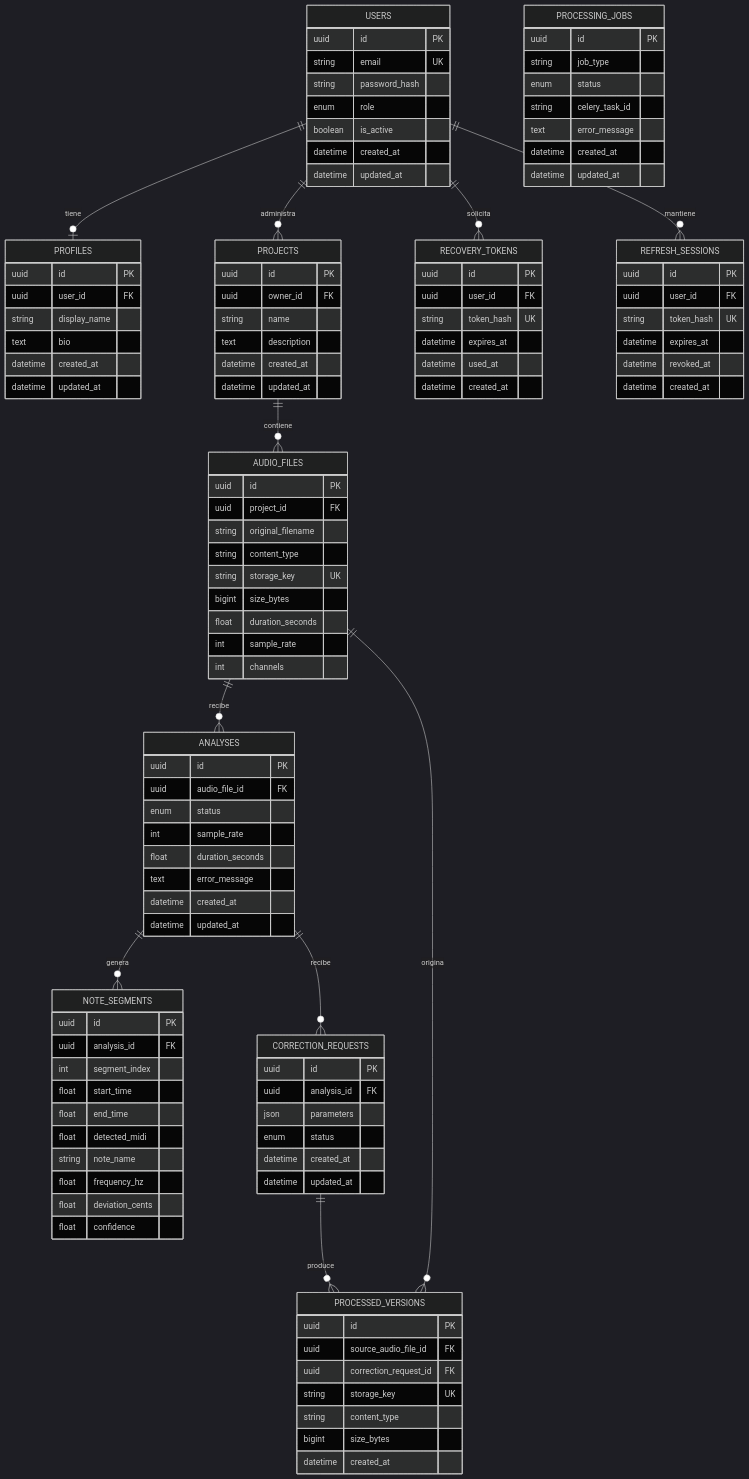
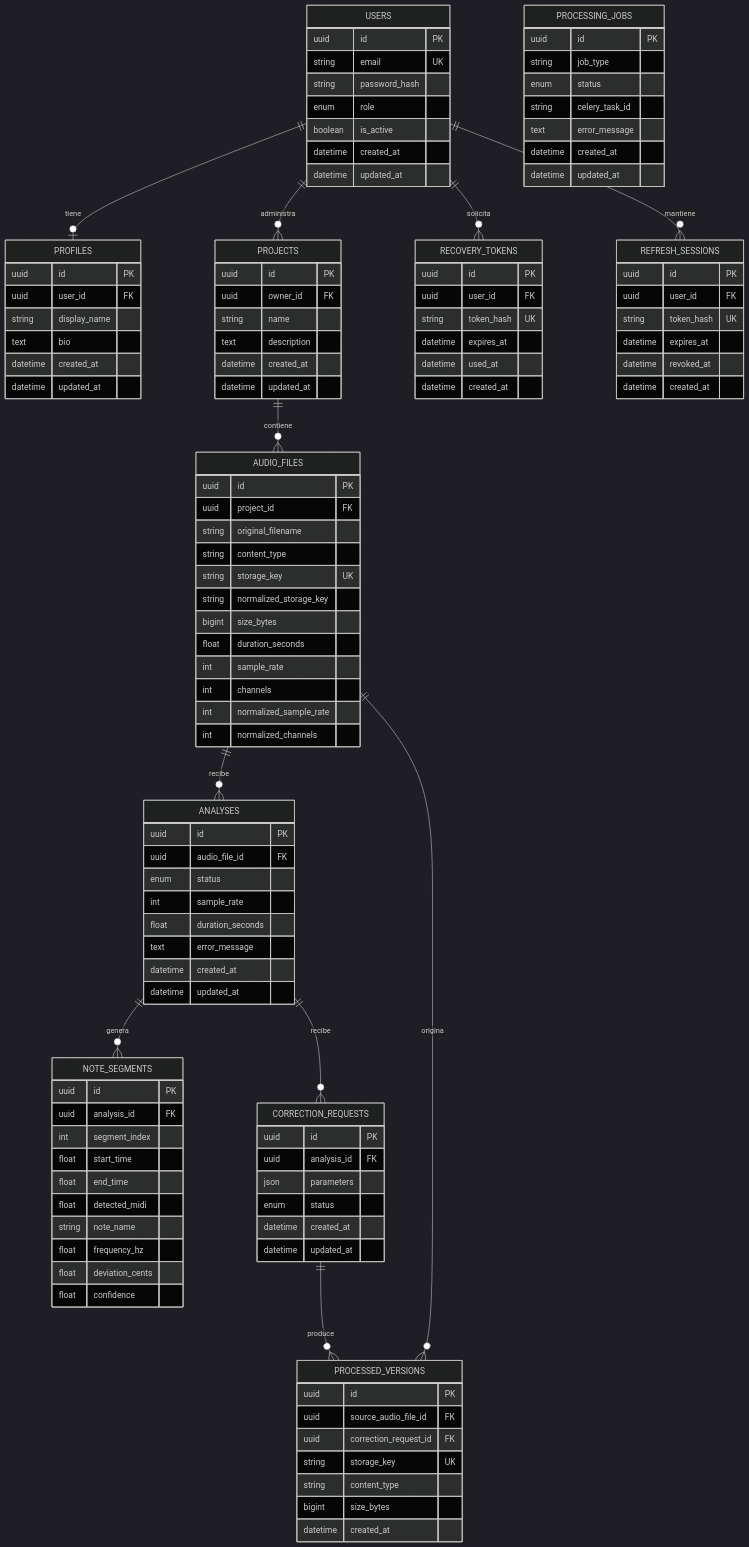
One commit to arifufinoy/Tesis_DoLean changed the diagram in docs/er-diagram.md. Above: the diagram before and after it, drawn with Mermaid (dark theme). The commit also changed 39 other files, not shown here.

```diff
--- a/docs/er-diagram.md
+++ b/docs/er-diagram.md
@@ -44,10 +44,13 @@
         string original_filename
         string content_type
         string storage_key UK
+        string normalized_storage_key
         bigint size_bytes
         float duration_seconds
         int sample_rate
         int channels
+        int normalized_sample_rate
+        int normalized_channels
     }
     ANALYSES {
         uuid id PK
```
